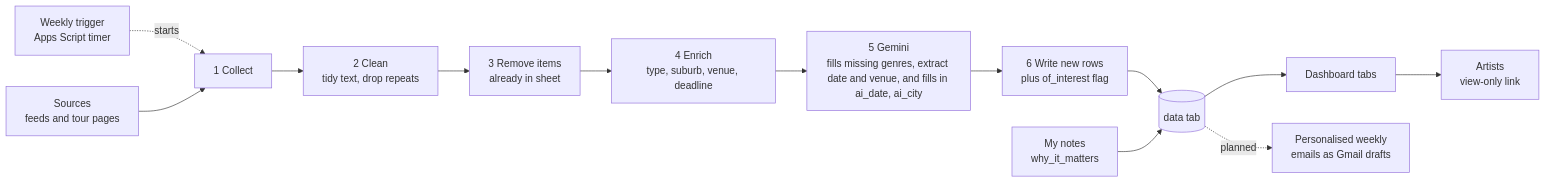
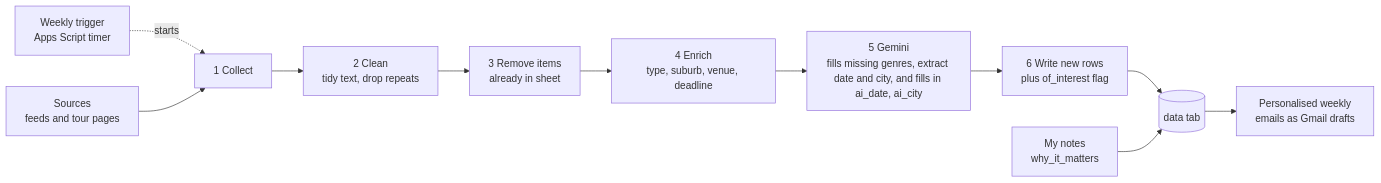
Before and after one commit to itslisacforchatterbox/beatswithsheph: the diagram in README.md, drawn with Mermaid. The commit also changed other lines of this file, not shown here.

````diff
--- a/README.md
+++ b/README.md
@@ -66,15 +65,13 @@
 ```mermaid
 flowchart LR
     T["Weekly trigger<br/>Apps Script timer"] -.starts.-> C
     S["Sources<br/>feeds and tour pages"] --> C["1 Collect"]
     C --> D["2 Clean<br/>tidy text, drop repeats"]
     D --> E["3 Remove items<br/>already in sheet"]
     E --> F["4 Enrich<br/>type, suburb, venue, deadline"]
-    F --> G["5 Gemini<br/>fills missing genres, extract date and venue, and fills in ai_date, ai_city"]
+    F --> G["5 Gemini<br/>fills missing genres, extract date and city, and fills in ai_date, ai_city"]
     G --> H["6 Write new rows<br/>plus of_interest flag"]
     H --> I[("data tab")]
     M["My notes<br/>why_it_matters"] --> I
-    I --> J["Dashboard tabs"]
-    J --> K["Artists<br/>view-only link"]
-    I -.planned.-> L["Personalised weekly<br/>emails as Gmail drafts"]
+    I --> J["Personalised weekly<br/>emails as Gmail drafts"]
 ```
````
